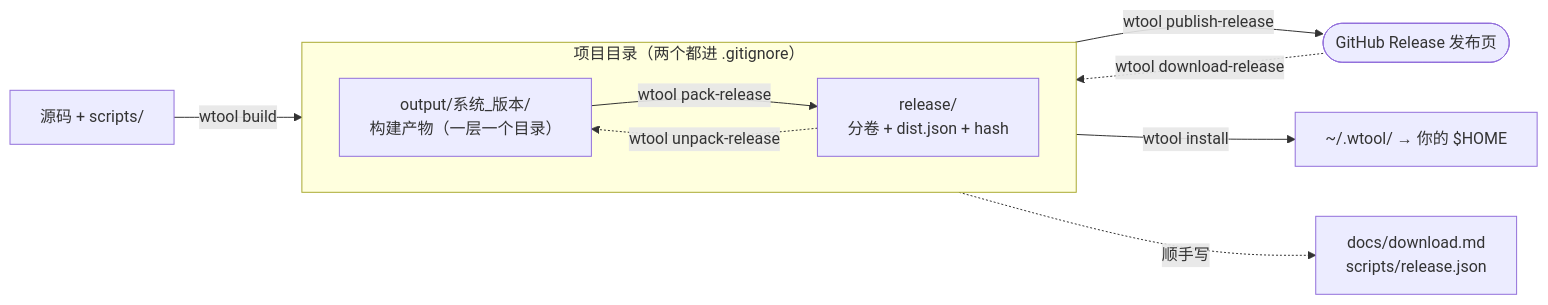
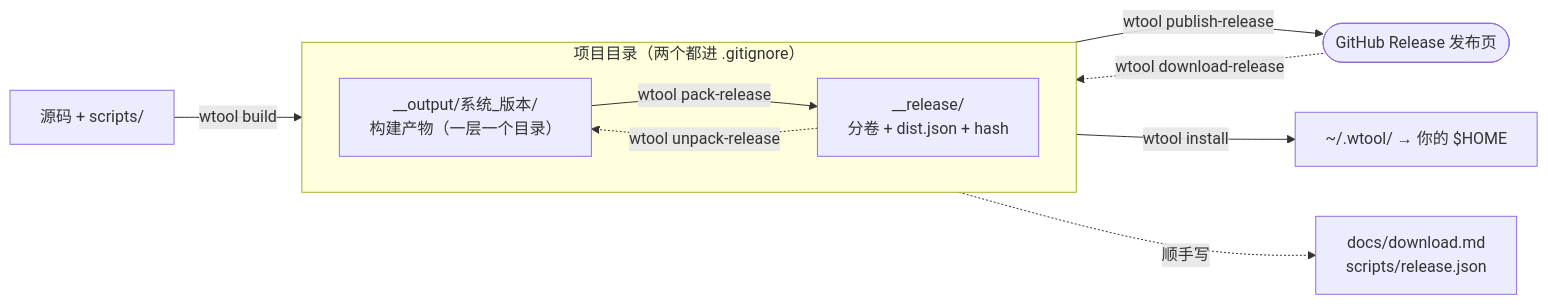
One commit to allinkernel/wtool changed the diagram in .pic/commands.mmd. Above: the diagram before and after it, drawn with Mermaid. The commit also changed 7 other files, not shown here.

```diff
--- a/.pic/commands.mmd
+++ b/.pic/commands.mmd
@@ -1,21 +1,21 @@
-%% 命令与 output/ release/ 的关系 —— wtool-base/README.md §1.3 用
+%% 命令与 __output/ __release/ 的关系 —— wtool-base/README.md §1.3 用
 %% 改完跑 .pic/render.sh 重新生成 commands.png
 flowchart LR
     SRC["源码 + scripts/"]
     GH(["GitHub Release 发布页"])
     WT["~/.wtool/ → 你的 $HOME"]
     GEN["docs/download.md<br/>scripts/release.json"]
 
     subgraph PROJ["项目目录（两个都进 .gitignore）"]
         direction LR
-        REL["output/系统_版本/<br/>构建产物（一层一个目录）"]
-        PUB["release/<br/>分卷 + dist.json + hash"]
+        REL["__output/系统_版本/<br/>构建产物（一层一个目录）"]
+        PUB["__release/<br/>分卷 + dist.json + hash"]
     end
 
     SRC -->|"wtool build"| REL
     REL -->|"wtool pack-release"| PUB
     PUB -->|"wtool publish-release"| GH
     GH -.->|"wtool download-release"| PUB
     PUB -.->|"wtool unpack-release"| REL
     REL -->|"wtool install"| WT
     PUB -.->|"顺手写"| GEN
```
